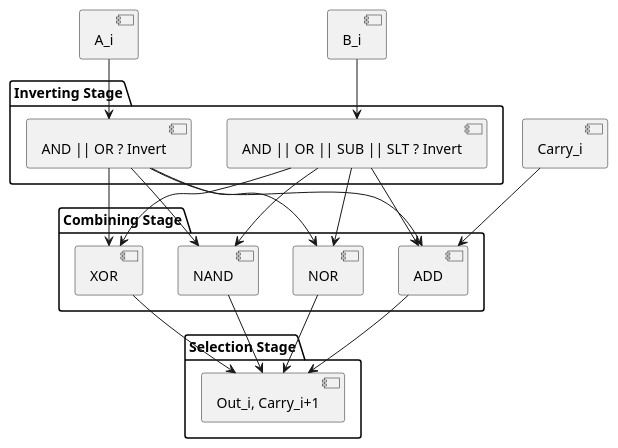
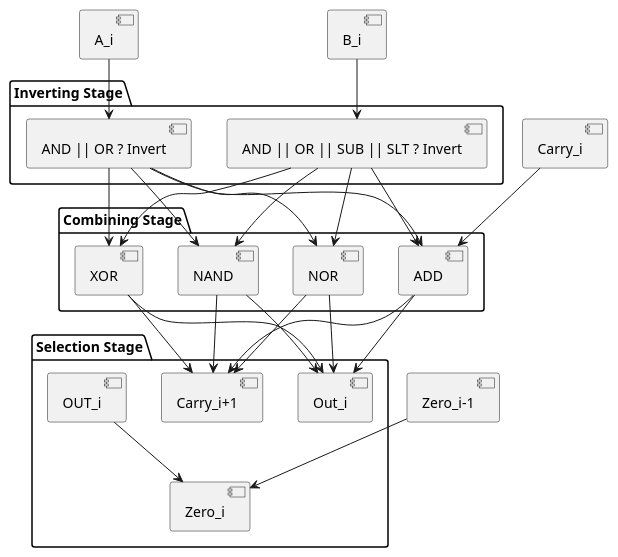
Before and after one commit to concavegit/ALU: the diagram in uml/alu1.plantuml, drawn with PlantUML. The commit also changed 2 other files, not shown here.

Commit message:
Update UML, remove unnecessary include

```diff
--- a/uml/alu1.plantuml
+++ b/uml/alu1.plantuml
@@ -1,33 +1,40 @@
 @startuml
 [A_i]
 [B_i]
 [Carry_i]
+[Zero_i-1]
 
 package "Inverting Stage" {
         [A_i] --> [AND || OR ? Invert]
         [B_i] --> [AND || OR || SUB || SLT ? Invert]
 }
 
 package "Combining Stage" {
         [AND || OR ? Invert] --> [ADD]
         [AND || OR || SUB || SLT ? Invert] --> [ADD]
         [Carry_i] --> [ADD]
 
         [AND || OR ? Invert] --> [NOR]
         [AND || OR || SUB || SLT ? Invert] --> [NOR]
 
         [AND || OR ? Invert] --> [NAND]
         [AND || OR || SUB || SLT ? Invert] --> [NAND]
 
         [AND || OR ? Invert] --> [XOR]
         [AND || OR || SUB || SLT ? Invert] --> [XOR]
 }
 
 package "Selection Stage" {
-        [ADD] --> [Out_i, Carry_i+1]
-        [NOR] --> [Out_i, Carry_i+1]
-        [NAND] --> [Out_i, Carry_i+1]
-        [XOR] --> [Out_i, Carry_i+1]
+        [ADD] --> [Out_i]
+        [ADD] --> [Carry_i+1]
+        [NOR] --> [Out_i]
+        [NOR] --> [Carry_i+1]
+        [NAND] --> [Out_i]
+        [NAND] --> [Carry_i+1]
+        [XOR] --> [Out_i]
+        [XOR] --> [Carry_i+1]
+        [OUT_i] --> [Zero_i]
+        [Zero_i-1] --> [Zero_i]
 }
 
 @enduml
```
